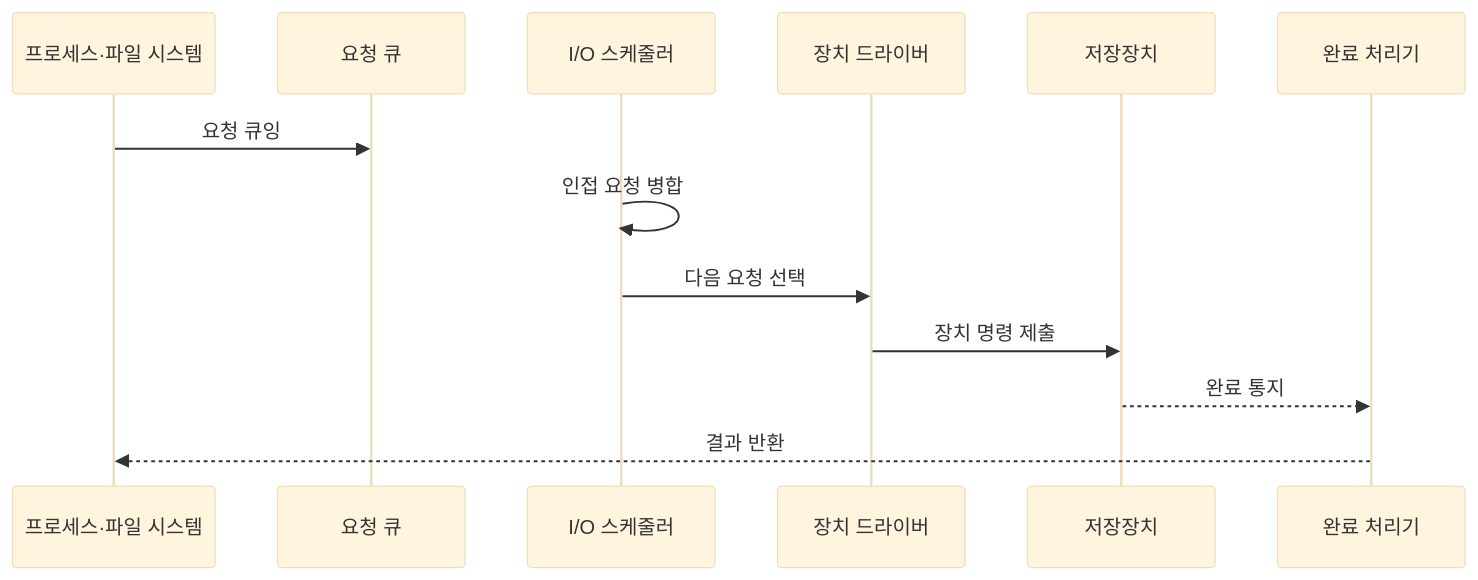
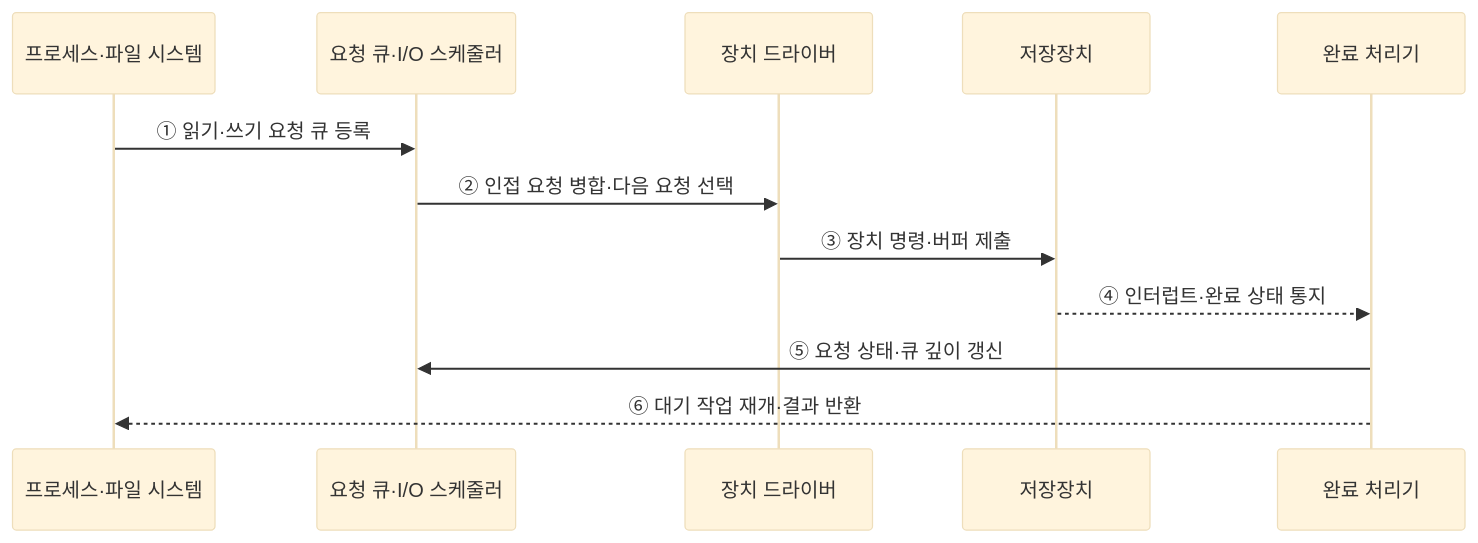
The second of 2 diagrams in src/content/docs/notes/03-software/022_io_management_disk_scheduling.md (agnusdei1207/knowledge-base), drawn with Mermaid (base theme) before and after one commit. The commit also changed other lines of this file and 20 other files, not shown here.

````diff
--- a/src/content/docs/notes/03-software/022_io_management_disk_scheduling.md
+++ b/src/content/docs/notes/03-software/022_io_management_disk_scheduling.md
@@ -100,15 +93,14 @@
 ```mermaid
 sequenceDiagram
     participant P as 프로세스·파일 시스템
-    participant Q as 요청 큐
-    participant S as I/O 스케줄러
+    participant Q as 요청 큐·I/O 스케줄러
     participant D as 장치 드라이버
     participant V as 저장장치
     participant C as 완료 처리기
-    P->>Q: 요청 큐잉
-    S->>S: 인접 요청 병합
-    S->>D: 다음 요청 선택
-    D->>V: 장치 명령 제출
-    V-->>C: 완료 통지
-    C-->>P: 결과 반환
+    P->>Q: ① 읽기·쓰기 요청 큐 등록
+    Q->>D: ② 인접 요청 병합·다음 요청 선택
+    D->>V: ③ 장치 명령·버퍼 제출
+    V-->>C: ④ 인터럽트·완료 상태 통지
+    C->>Q: ⑤ 요청 상태·큐 깊이 갱신
+    C-->>P: ⑥ 대기 작업 재개·결과 반환
 ```
````
